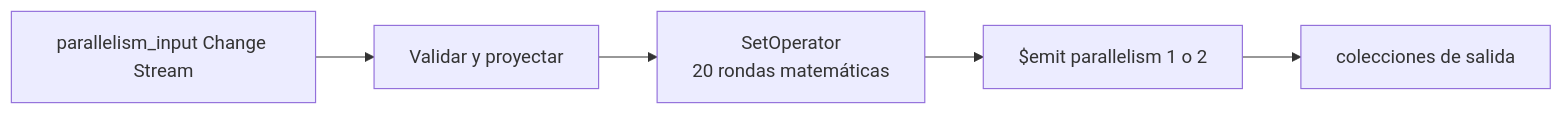
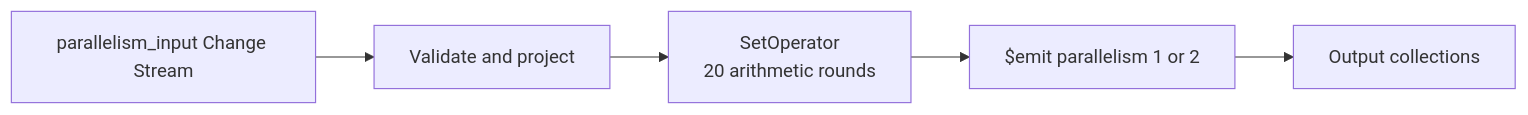
Before and after one commit to unai-ss/atlas-stream-processor-playground: the diagram in projects/08-parallelism/README.md, drawn with Mermaid. The commit also changed other lines of this file and 9 other files, not shown here.

````diff
--- a/projects/08-parallelism/README.md
+++ b/projects/08-parallelism/README.md
@@ -41,7 +39,7 @@
 ```mermaid
 flowchart LR
-    A[parallelism_input Change Stream] --> B[Validar y proyectar]
-    B --> C[SetOperator<br/>20 rondas matemáticas]
-    C --> D[$emit parallelism 1 o 2]
-    D --> E[colecciones de salida]
+    A[parallelism_input Change Stream] --> B[Validate and project]
+    B --> C[SetOperator<br/>20 arithmetic rounds]
+    C --> D[$emit parallelism 1 or 2]
+    D --> E[Output collections]
 ```
````
